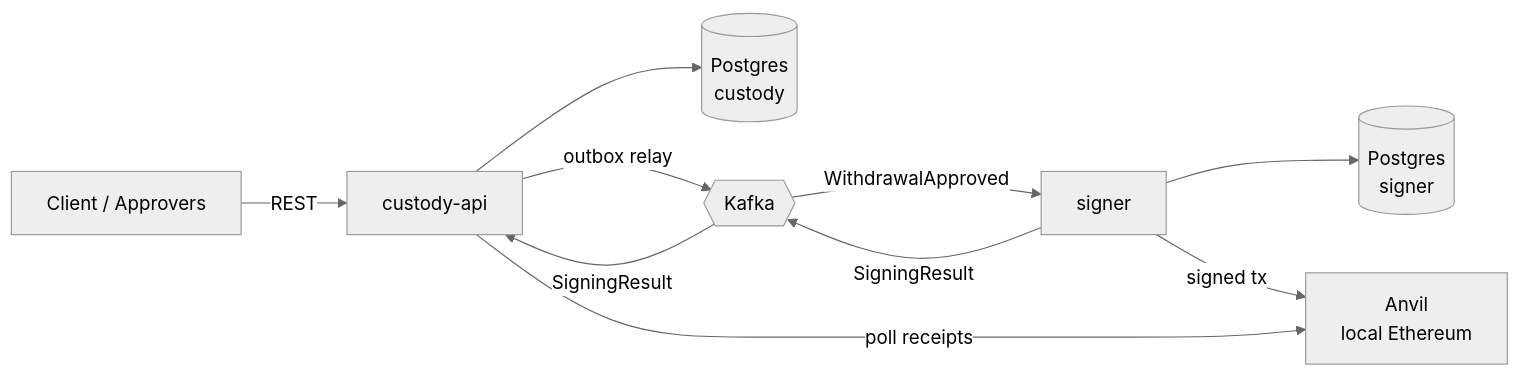
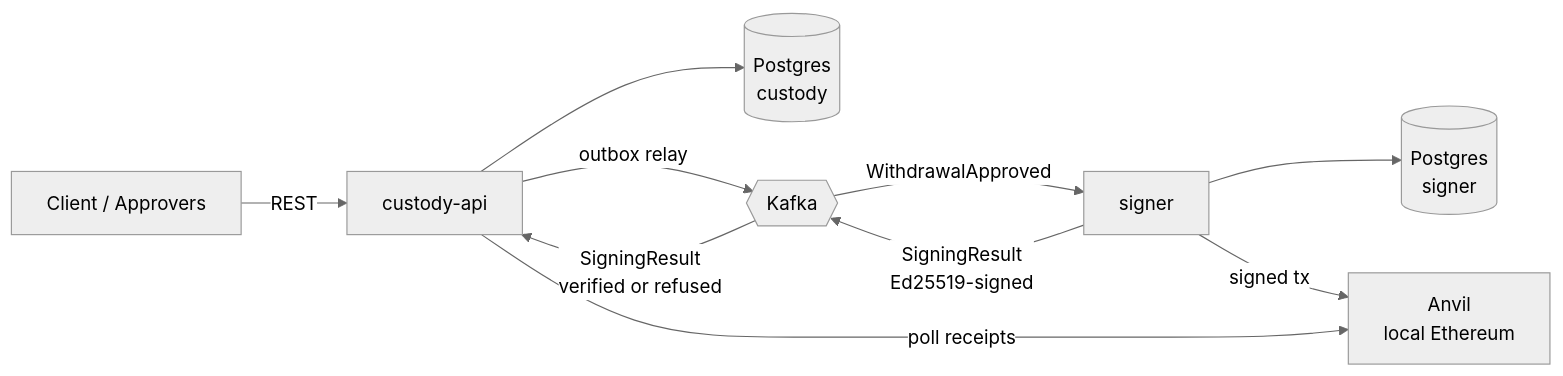
The first of 5 diagrams in README.md (farzamtm/mini-custody), drawn with Mermaid (neutral theme) before and after one commit. The commit also changed other lines of this file and 22 other files, not shown here.

````diff
--- a/README.md
+++ b/README.md
@@ -66,12 +72,12 @@
 ```mermaid
 flowchart LR
     C[Client / Approvers] -->|REST| API[custody-api]
     API --> PG1[(Postgres<br/>custody)]
     API -->|outbox relay| K{{Kafka}}
     K -->|WithdrawalApproved| S[signer]
     S --> PG2[(Postgres<br/>signer)]
     S -->|signed tx| A[Anvil<br/>local Ethereum]
-    S -->|SigningResult| K
-    K -->|SigningResult| API
+    S -->|SigningResult<br/>Ed25519-signed| K
+    K -->|SigningResult<br/>verified or refused| API
     API -->|poll receipts| A
 ```
````
